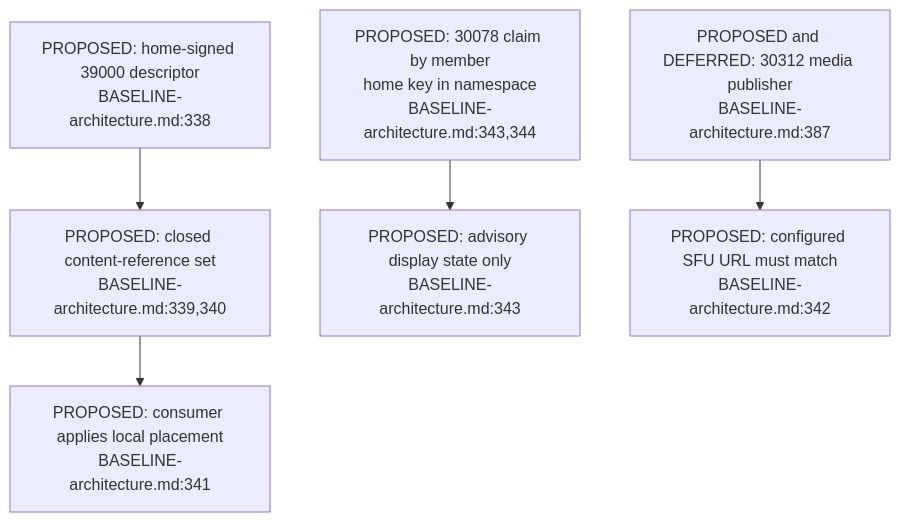
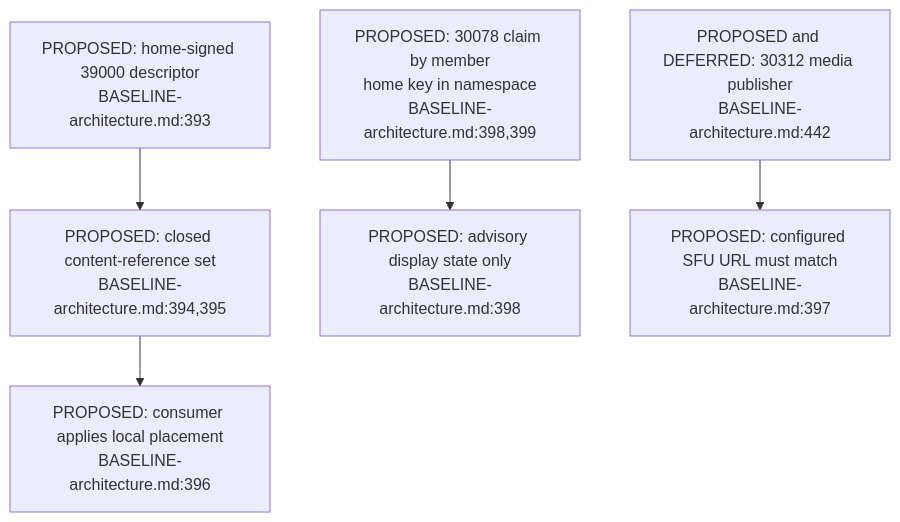
One commit to DreamLab-AI/VisionFlow changed the third of 3 diagrams in docs/diagrams/nostr-rust-forum/14-proposed-group-replication-and-spaces.md. Above: the diagram before and after it, drawn with Mermaid. The commit also changed other lines of this file and 1 other file, not shown here.

First line of the commit message:
docs(diagrams): NF-14 and NF-18 re-verified at nostr-rust-forum af4f0d5

````diff
--- a/docs/diagrams/nostr-rust-forum/14-proposed-group-replication-and-spaces.md
+++ b/docs/diagrams/nostr-rust-forum/14-proposed-group-replication-and-spaces.md
@@ -53,7 +53,7 @@
 ```mermaid
 flowchart TD
-    META["PROPOSED: home-signed 39000 descriptor<br/>BASELINE-architecture.md:338"] --> REFS["PROPOSED: closed content-reference set<br/>BASELINE-architecture.md:339,340"]
-    REFS --> PLACE["PROPOSED: consumer applies local placement<br/>BASELINE-architecture.md:341"]
-    CLAIM["PROPOSED: 30078 claim by member<br/>home key in namespace<br/>BASELINE-architecture.md:343,344"] --> DISPLAY["PROPOSED: advisory display state only<br/>BASELINE-architecture.md:343"]
-    VOICE["PROPOSED and DEFERRED: 30312 media publisher<br/>BASELINE-architecture.md:387"] --> URL["PROPOSED: configured SFU URL must match<br/>BASELINE-architecture.md:342"]
+    META["PROPOSED: home-signed 39000 descriptor<br/>BASELINE-architecture.md:393"] --> REFS["PROPOSED: closed content-reference set<br/>BASELINE-architecture.md:394,395"]
+    REFS --> PLACE["PROPOSED: consumer applies local placement<br/>BASELINE-architecture.md:396"]
+    CLAIM["PROPOSED: 30078 claim by member<br/>home key in namespace<br/>BASELINE-architecture.md:398,399"] --> DISPLAY["PROPOSED: advisory display state only<br/>BASELINE-architecture.md:398"]
+    VOICE["PROPOSED and DEFERRED: 30312 media publisher<br/>BASELINE-architecture.md:442"] --> URL["PROPOSED: configured SFU URL must match<br/>BASELINE-architecture.md:397"]
 ```
````
